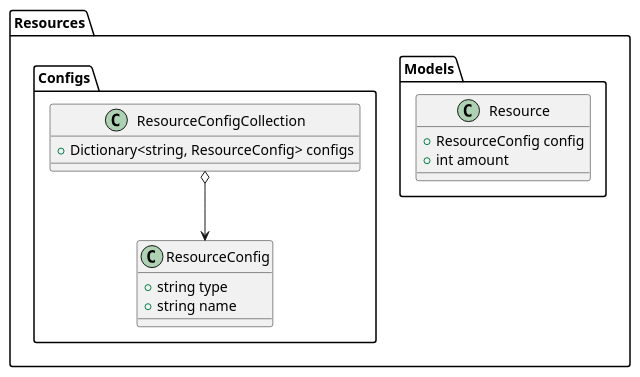
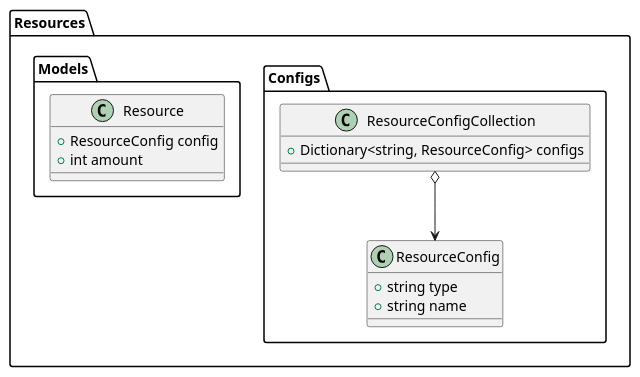
The diagram in Colony/Resources.puml (minusrep/Pivo-UML), drawn with PlantUML before and after one commit.

Commit message:
chg: position configs and models in resources

```diff
--- a/Colony/Resources.puml
+++ b/Colony/Resources.puml
@@ -1,31 +1,32 @@
 @startuml
 
 package "Resources" 
 {
-    package "Models"
-    {
-        class Resource
-        {
-            +ResourceConfig config
-            +int amount
-        }
-    }
-
     package "Configs"
     {
         class ResourceConfigCollection
         {
             +Dictionary<string, ResourceConfig> configs
         }
             
         class ResourceConfig 
         {
             +string type
             +string name
         }
         
         ResourceConfigCollection o--> ResourceConfig 
     }
+
+    package "Models"
+    {
+        class Resource
+        {
+            +ResourceConfig config
+            +int amount
+        }
+    }
+
 }
 
 @enduml
```
